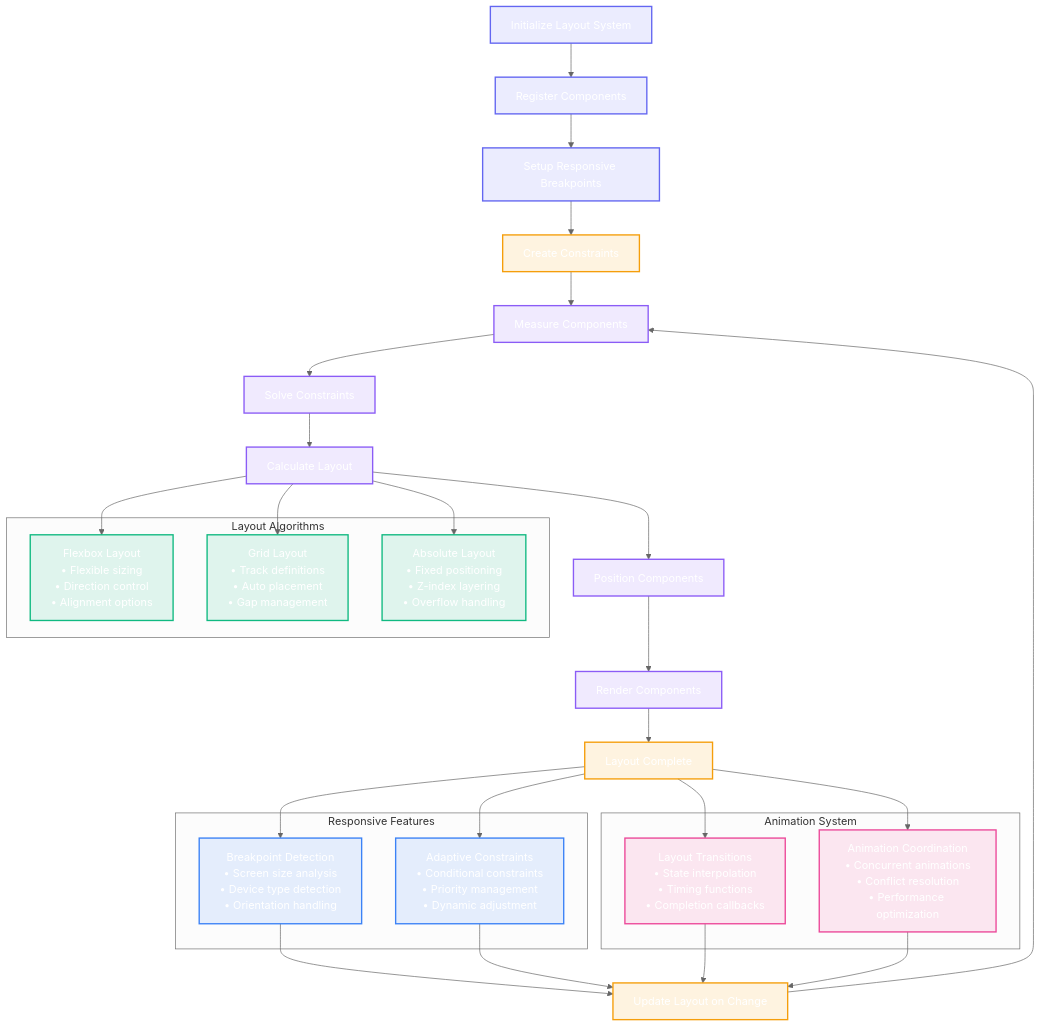
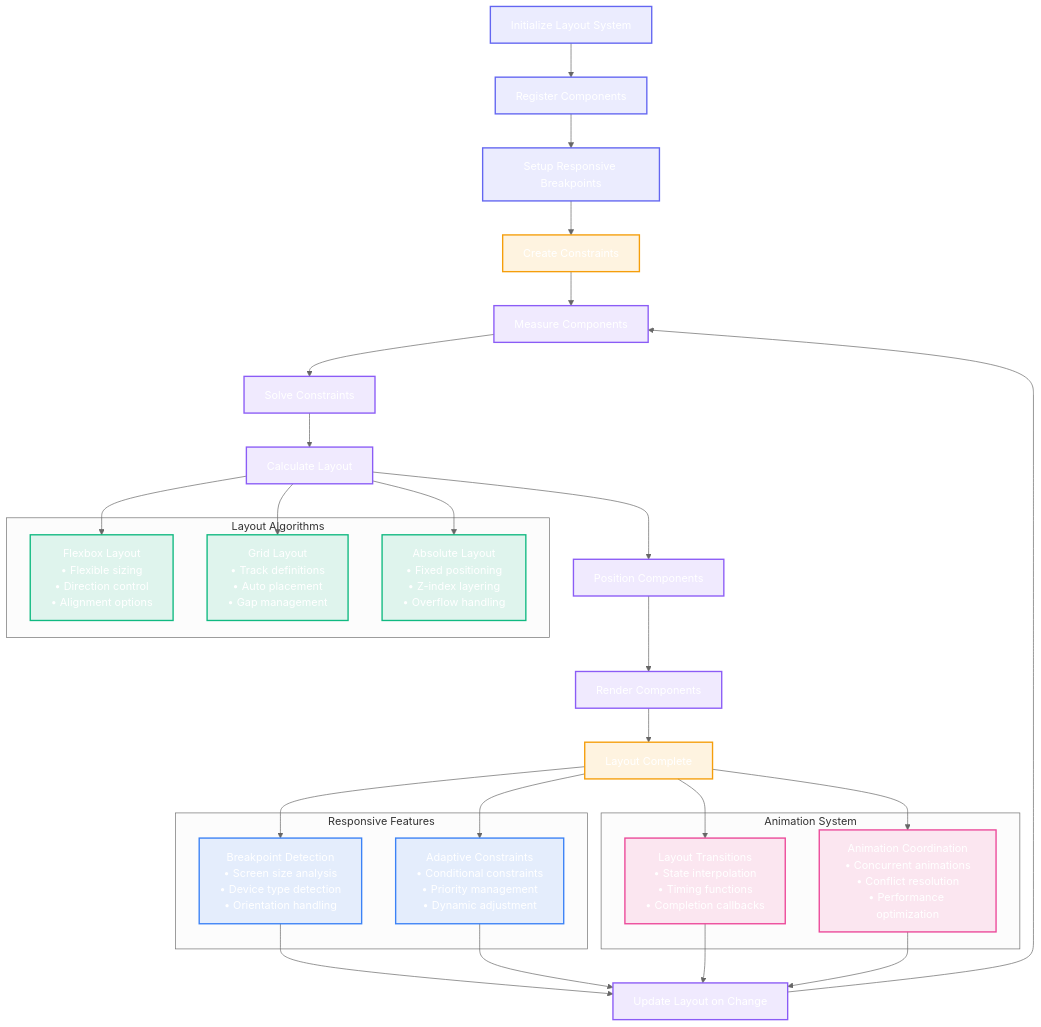
The second of 2 diagrams in Diagrams/22-advanced-layout-ui-components.md (ajmcclary/CodeEditorKit), drawn with Mermaid (neutral theme) before and after one commit. The commit also changed other lines of this file and 18 other files, not shown here.

````diff
--- a/Diagrams/22-advanced-layout-ui-components.md
+++ b/Diagrams/22-advanced-layout-ui-components.md
@@ -423,61 +441,73 @@
 ```mermaid
 flowchart TB
     INIT[Initialize Layout System] --> REGISTER[Register Components]
     REGISTER --> SETUP[Setup Responsive Breakpoints]
     SETUP --> CONSTRAINT[Create Constraints]
     
     CONSTRAINT --> MEASURE[Measure Components]
     MEASURE --> SOLVE[Solve Constraints]
     SOLVE --> LAYOUT[Calculate Layout]
     LAYOUT --> POSITION[Position Components]
     
     POSITION --> RENDER[Render Components]
     RENDER --> READY[Layout Complete]
     
     subgraph "Layout Algorithms"
         FLEX[Flexbox Layout<br/>• Flexible sizing<br/>• Direction control<br/>• Alignment options]
         GRID[Grid Layout<br/>• Track definitions<br/>• Auto placement<br/>• Gap management]
         ABS[Absolute Layout<br/>• Fixed positioning<br/>• Z-index layering<br/>• Overflow handling]
     end
     
     subgraph "Responsive Features"
         BREAK[Breakpoint Detection<br/>• Screen size analysis<br/>• Device type detection<br/>• Orientation handling]
         ADAPT[Adaptive Constraints<br/>• Conditional constraints<br/>• Priority management<br/>• Dynamic adjustment]
     end
     
     subgraph "Animation System"
         TRANS[Layout Transitions<br/>• State interpolation<br/>• Timing functions<br/>• Completion callbacks]
         COORD[Animation Coordination<br/>• Concurrent animations<br/>• Conflict resolution<br/>• Performance optimization]
     end
     
     LAYOUT --> FLEX
     LAYOUT --> GRID
     LAYOUT --> ABS
     
     READY --> BREAK
     READY --> ADAPT
     READY --> TRANS
     READY --> COORD
     
     BREAK --> UPDATE[Update Layout on Change]
     ADAPT --> UPDATE
     TRANS --> UPDATE
     COORD --> UPDATE
     
     UPDATE --> MEASURE
 
     %% Styling - Dark mode friendly colors
     classDef init fill:#6366f120,stroke:#6366f1,stroke-width:2px,color:#fff
     classDef process fill:#8b5cf620,stroke:#8b5cf6,stroke-width:2px,color:#fff
     classDef algorithm fill:#10b98120,stroke:#10b981,stroke-width:2px,color:#fff
     classDef responsive fill:#3b82f620,stroke:#3b82f6,stroke-width:2px,color:#fff
     classDef animation fill:#ec489920,stroke:#ec4899,stroke-width:2px,color:#fff
     classDef result fill:#f59e0b20,stroke:#f59e0b,stroke-width:2px,color:#fff
 
-    class INIT,REGISTER,SETUP init
-    class MEASURE,SOLVE,LAYOUT,POSITION,RENDER,UPDATE process
-    class FLEX,GRID,ABS algorithm
-    class BREAK,ADAPT responsive
-    class TRANS,COORD animation
-    class CONSTRAINT,READY,UPDATE result
+    class INIT init
+    class REGISTER init
+    class SETUP init
+    class MEASURE process
+    class SOLVE process
+    class LAYOUT process
+    class POSITION process
+    class RENDER process
+    class UPDATE process
+    class FLEX algorithm
+    class GRID algorithm
+    class ABS algorithm
+    class BREAK responsive
+    class ADAPT responsive
+    class TRANS animation
+    class COORD animation
+    class CONSTRAINT result
+    class READY result
 ```
````
